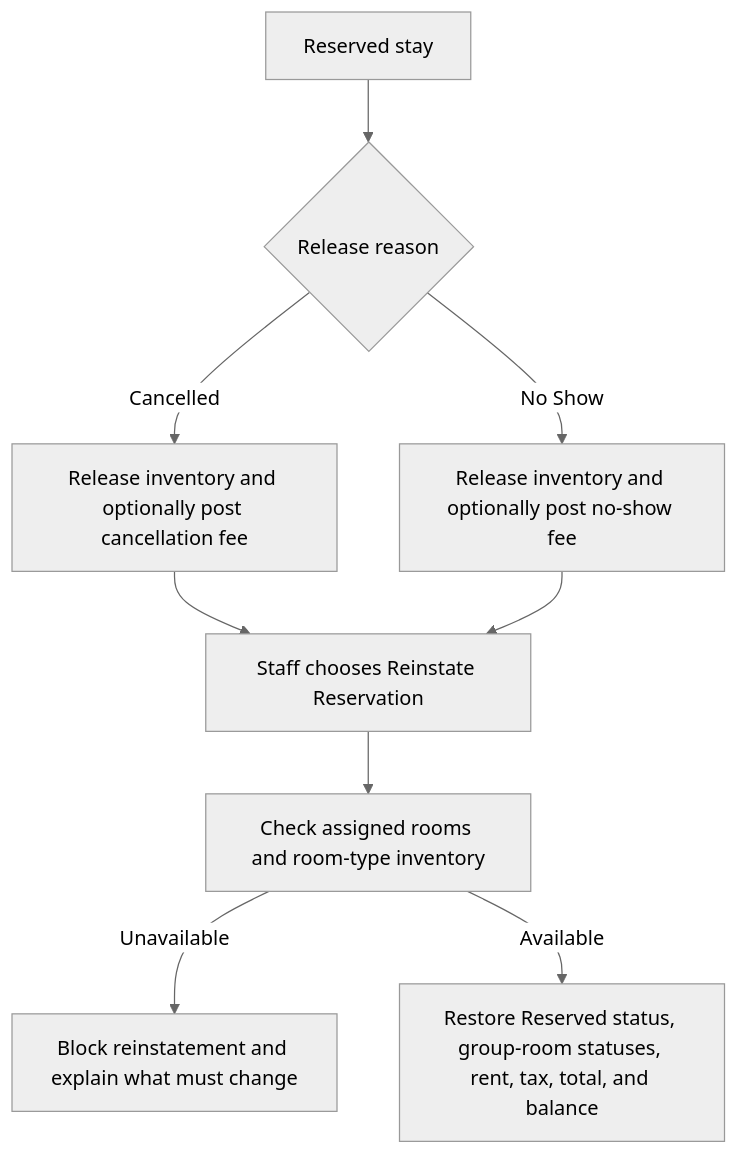
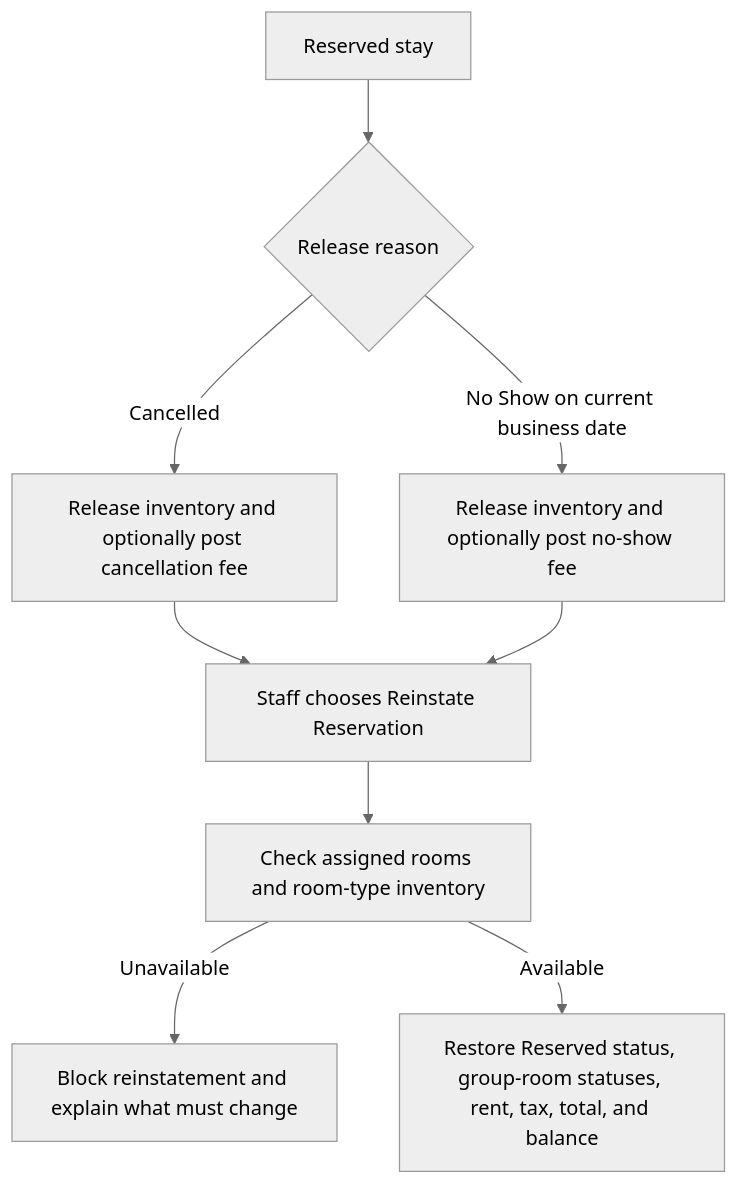
One commit to axellonecommerce-pixel/Hotel-PMS-Backend changed the second of 11 diagrams in docs/user-flow.md. Above: the diagram before and after it, drawn with Mermaid (neutral theme). The commit also changed other lines of this file and 22 other files, not shown here.

````diff
--- a/docs/user-flow.md
+++ b/docs/user-flow.md
@@ -30,11 +30,11 @@
 ```mermaid
 flowchart TD
   A[Reserved stay] --> B{Release reason}
   B -->|Cancelled| C[Release inventory and optionally post cancellation fee]
-  B -->|No Show| D[Release inventory and optionally post no-show fee]
+  B -->|No Show on current business date| D[Release inventory and optionally post no-show fee]
   C --> E[Staff chooses Reinstate Reservation]
   D --> E
   E --> F[Check assigned rooms and room-type inventory]
   F -->|Unavailable| G[Block reinstatement and explain what must change]
   F -->|Available| H[Restore Reserved status, group-room statuses, rent, tax, total, and balance]
 ```
````
